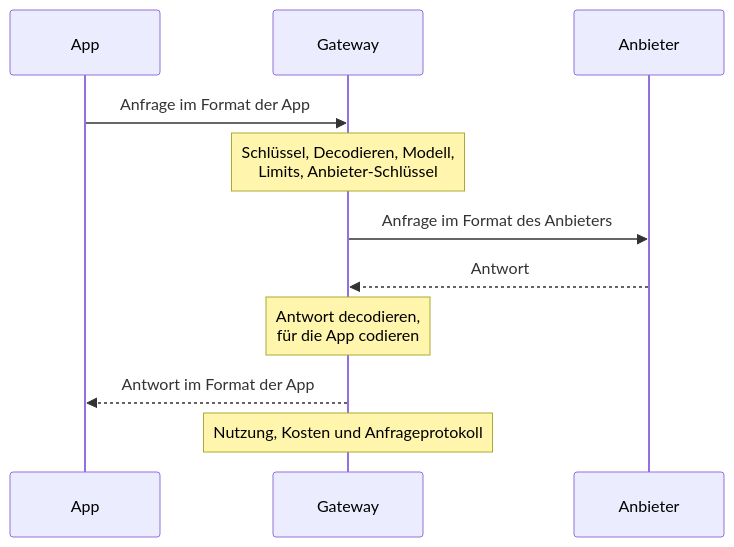
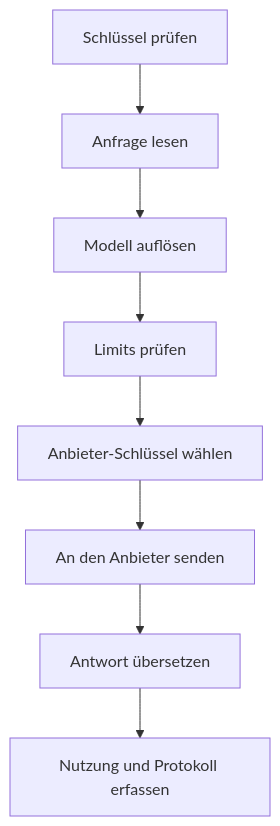
Before and after one commit to logicplanes/kaeso: the diagram in apps/docs/content/de/concepts/request-flow.md, drawn with Mermaid. The commit also changed other lines of this file and 14 other files, not shown here.

First line of the commit message:
Explain the request flow in plain steps with a top-to-bottom diagram

````diff
--- a/apps/docs/content/de/concepts/request-flow.md
+++ b/apps/docs/content/de/concepts/request-flow.md
@@ -9,15 +9,12 @@
 ```mermaid
-sequenceDiagram
+flowchart TD
   accTitle: Ablauf einer Anfrage
-  accDescr: Die App sendet eine Anfrage in ihrem eigenen Format. Das Gateway prüft den Schlüssel, decodiert die Anfrage, löst das Modell auf, prüft die Limits und wählt den Anbieter-Schlüssel, codiert die Anfrage und sendet sie an den Anbieter. Es decodiert die Antwort des Anbieters, codiert sie im Format der App und gibt sie zurück, und es erfasst Nutzung, Kosten und das Anfrageprotokoll.
-  participant App
-  participant Gateway
-  participant Provider as Anbieter
-  App->>Gateway: Anfrage im Format der App
-  Note over Gateway: Schlüssel, Decodieren, Modell,<br>Limits, Anbieter-Schlüssel
-  Gateway->>Provider: Anfrage im Format des Anbieters
-  Provider-->>Gateway: Antwort
-  Note over Gateway: Antwort decodieren,<br>für die App codieren
-  Gateway-->>App: Antwort im Format der App
-  Note over Gateway: Nutzung, Kosten und Anfrageprotokoll
+  accDescr: Das Gateway prüft den Schlüssel, liest die Anfrage, löst das Modell auf, prüft die Limits und wählt den Anbieter-Schlüssel. Dann sendet es die Anfrage an den Anbieter, übersetzt die Antwort in das Format der App und erfasst Nutzung und Anfrageprotokoll.
+  key[Schlüssel prüfen] --> request[Anfrage lesen]
+  request --> model[Modell auflösen]
+  model --> limits[Limits prüfen]
+  limits --> pkey[Anbieter-Schlüssel wählen]
+  pkey --> send[An den Anbieter senden]
+  send --> reply[Antwort übersetzen]
+  reply --> log[Nutzung und Protokoll erfassen]
 ```
````
